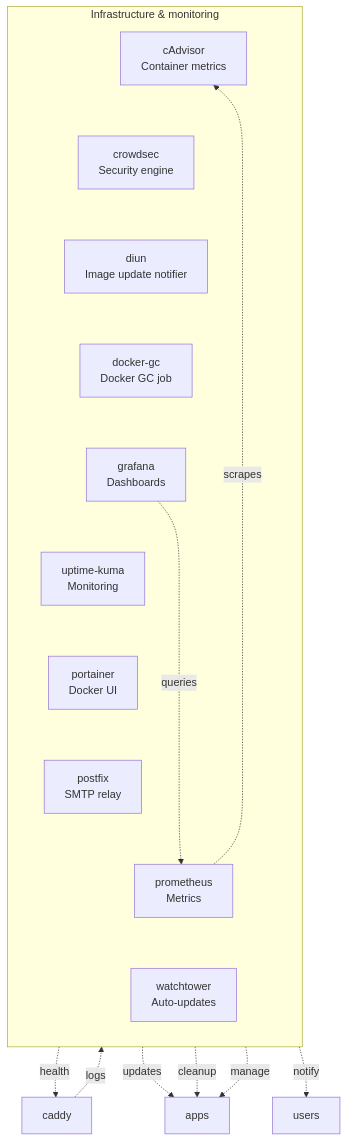
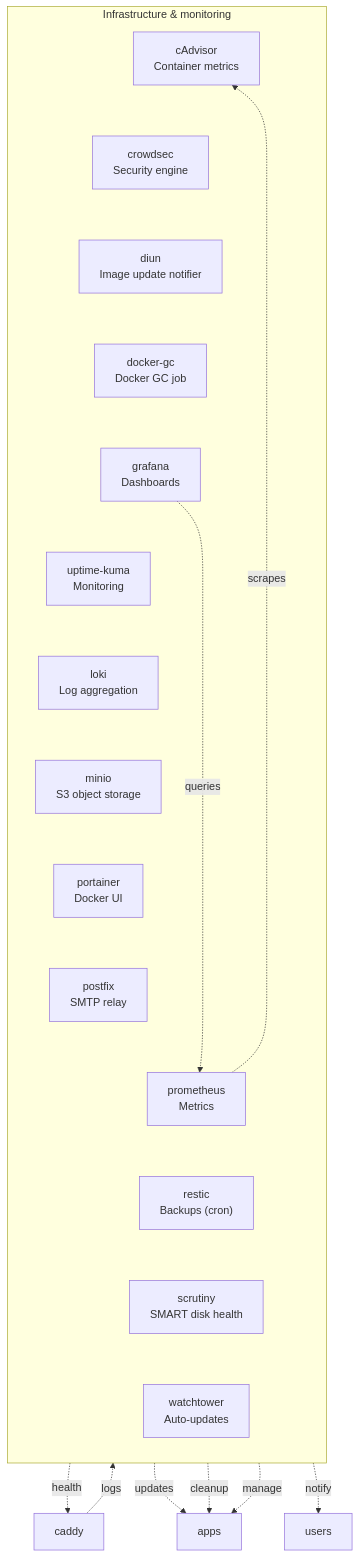
Before and after one commit to bolens/homelab: the second of 2 diagrams in README.md, drawn with Mermaid. The commit also changed other lines of this file and 59 other files, not shown here.

````diff
--- a/README.md
+++ b/README.md
@@ -111,42 +111,50 @@
 ```mermaid
 %%{init: {'flowchart': {'curveStyle': 'linear'}}}%%
 flowchart TB
 
     subgraph infra["Infrastructure & monitoring"]
         direction TB
         cadvisor["`cAdvisor
 Container metrics`"]
         crowdsec["`crowdsec
 Security engine`"]
         diun["`diun
 Image update notifier`"]
         dockergc["`docker-gc
 Docker GC job`"]
         grafana["`grafana
 Dashboards`"]
         kuma["`uptime-kuma
 Monitoring`"]
+        loki["`loki
+Log aggregation`"]
+        minio["`minio
+S3 object storage`"]
         portainer["`portainer
 Docker UI`"]
         postfix["`postfix
 SMTP relay`"]
         prometheus["`prometheus
 Metrics`"]
+        restic["`restic
+Backups (cron)`"]
+        scrutiny["`scrutiny
+SMART disk health`"]
         watchtower["`watchtower
 Auto-updates`"]
     end
-    cadvisor ~~~ crowdsec ~~~ diun ~~~ dockergc ~~~ grafana ~~~ kuma ~~~ portainer ~~~ postfix ~~~ prometheus ~~~ watchtower
+    cadvisor ~~~ crowdsec ~~~ diun ~~~ dockergc ~~~ grafana ~~~ kuma ~~~ loki ~~~ minio ~~~ portainer ~~~ postfix ~~~ prometheus ~~~ restic ~~~ scrutiny ~~~ watchtower
 
     caddy["caddy"]
     apps["apps"]
     users["users"]
 
     caddy -.->|logs| crowdsec
     kuma -.->|health| caddy
     prometheus -.->|scrapes| cadvisor
     grafana -.->|queries| prometheus
     watchtower -.->|updates| apps
     dockergc -.->|cleanup| apps
     diun -.->|notify| users
     portainer -.->|manage| apps
 ```
````
